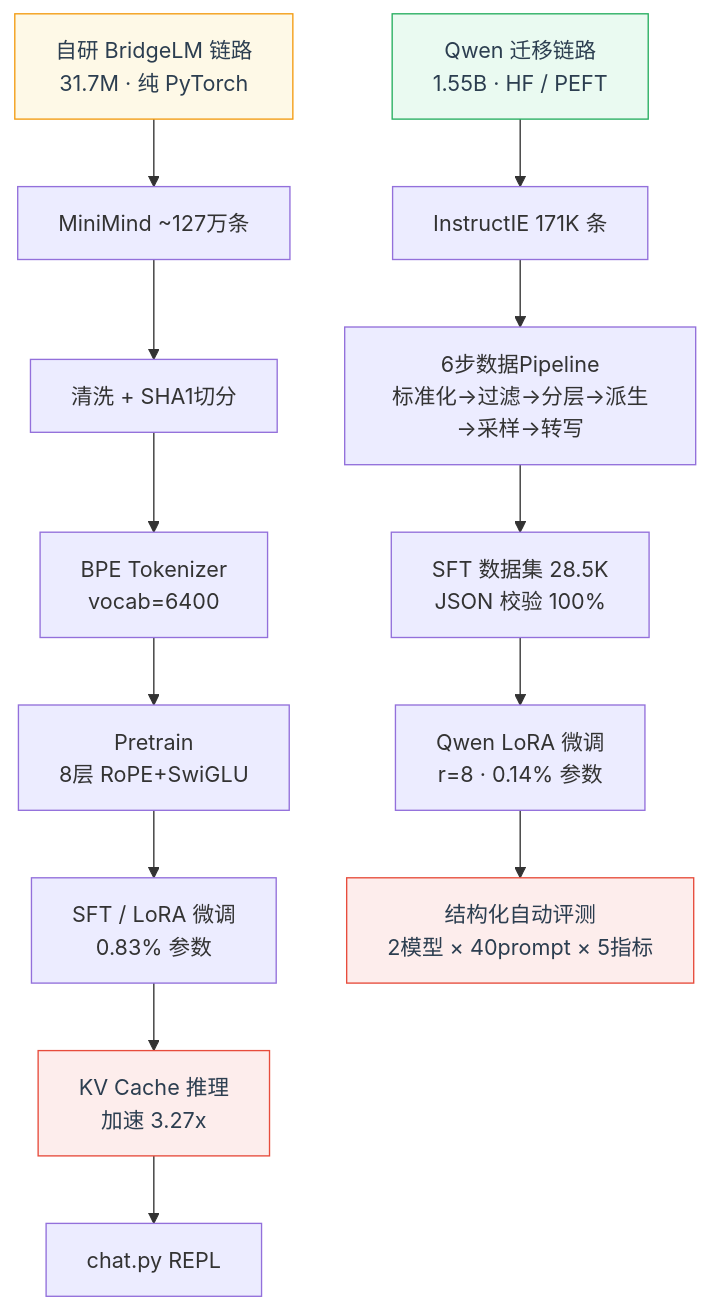
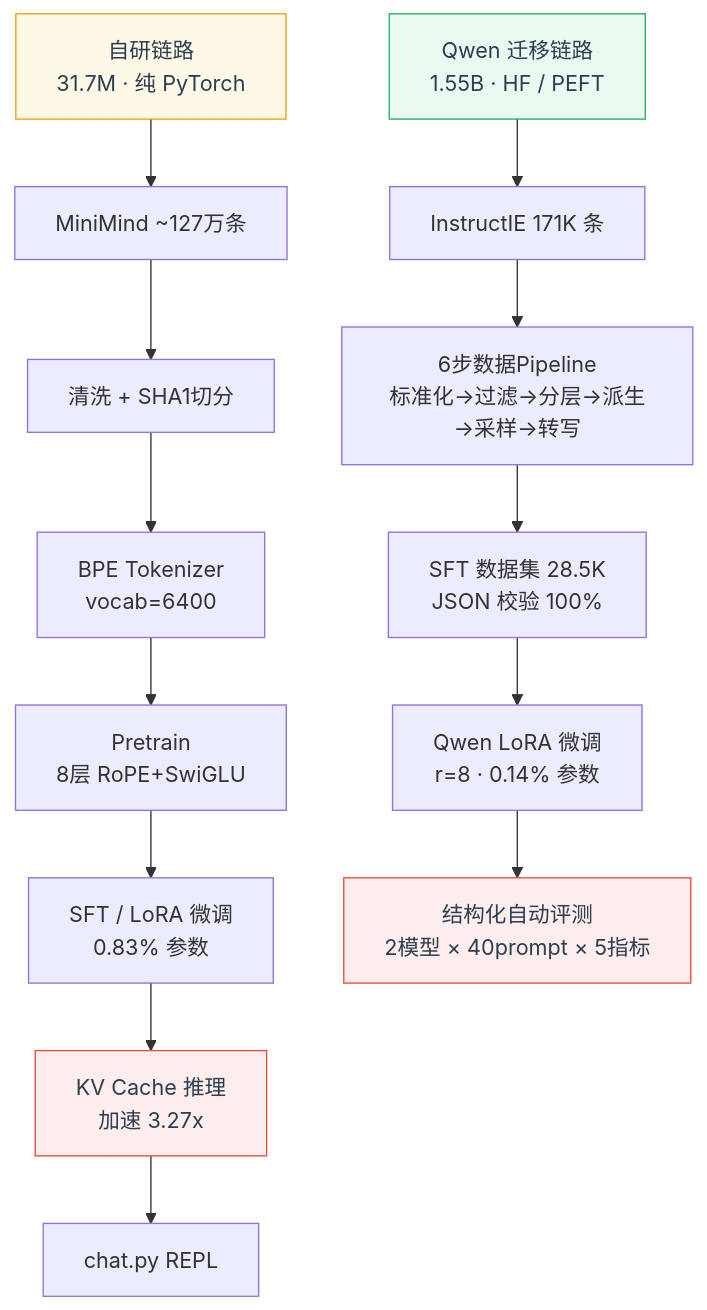
The diagram in README.md (SoloMinerva/BridgeLM), drawn with Mermaid before and after one commit. The commit also changed other lines of this file, not shown here.

Commit message:
docs: rename to 自研链路

````diff
--- a/README.md
+++ b/README.md
@@ -19,24 +19,24 @@
 ```mermaid
 flowchart TB
-    A["自研 BridgeLM 链路<br/>31.7M · 纯 PyTorch"]
+    A["自研链路<br/>31.7M · 纯 PyTorch"]
     B["Qwen 迁移链路<br/>1.55B · HF / PEFT"]
 
     A --> A1["MiniMind ~127万条"]
     A1 --> A2["清洗 + SHA1切分"]
     A2 --> A3["BPE Tokenizer<br/>vocab=6400"]
     A3 --> A4["Pretrain<br/>8层 RoPE+SwiGLU"]
     A4 --> A5["SFT / LoRA 微调<br/>0.83% 参数"]
     A5 --> A6["KV Cache 推理<br/>加速 3.27x"]
     A6 --> A7["chat.py REPL"]
 
     B --> B1["InstructIE 171K 条"]
     B1 --> B2["6步数据Pipeline<br/>标准化→过滤→分层→派生→采样→转写"]
     B2 --> B3["SFT 数据集 28.5K<br/>JSON 校验 100%"]
     B3 --> B4["Qwen LoRA 微调<br/>r=8 · 0.14% 参数"]
     B4 --> B5["结构化自动评测<br/>2模型 × 40prompt × 5指标"]
 
     style A fill:#fef9e7,stroke:#f39c12,color:#2c3e50
     style B fill:#eafaf1,stroke:#27ae60,color:#2c3e50
     style A6 fill:#fdedec,stroke:#e74c3c,color:#2c3e50
     style B5 fill:#fdedec,stroke:#e74c3c,color:#2c3e50
 ```
````
